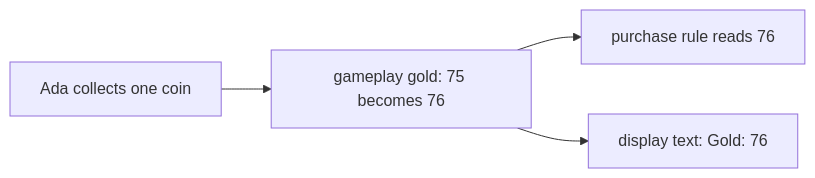
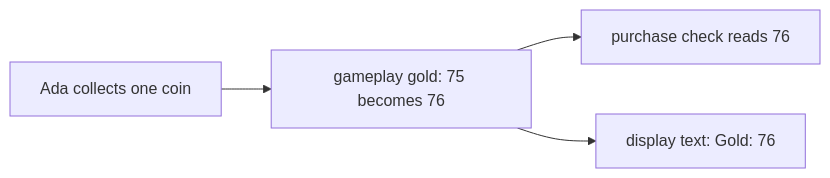
Before and after one commit to MustCodeAl/rust-game-hacking-book: the third of 3 diagrams in site/src/content/docs/pages/1/03.mdx, drawn with Mermaid. The commit also changed other lines of this file and 17 other files, not shown here.

````diff
--- a/site/src/content/docs/pages/1/03.mdx
+++ b/site/src/content/docs/pages/1/03.mdx
@@ -399,6 +440,6 @@
 ```mermaid
 flowchart LR
     Input["Ada collects one coin"] --> State["gameplay gold: 75 becomes 76"]
-    State --> Rule["purchase rule reads 76"]
+    State --> Rule["purchase check reads 76"]
     State --> Display["display text: Gold: 76"]
 ```
````
